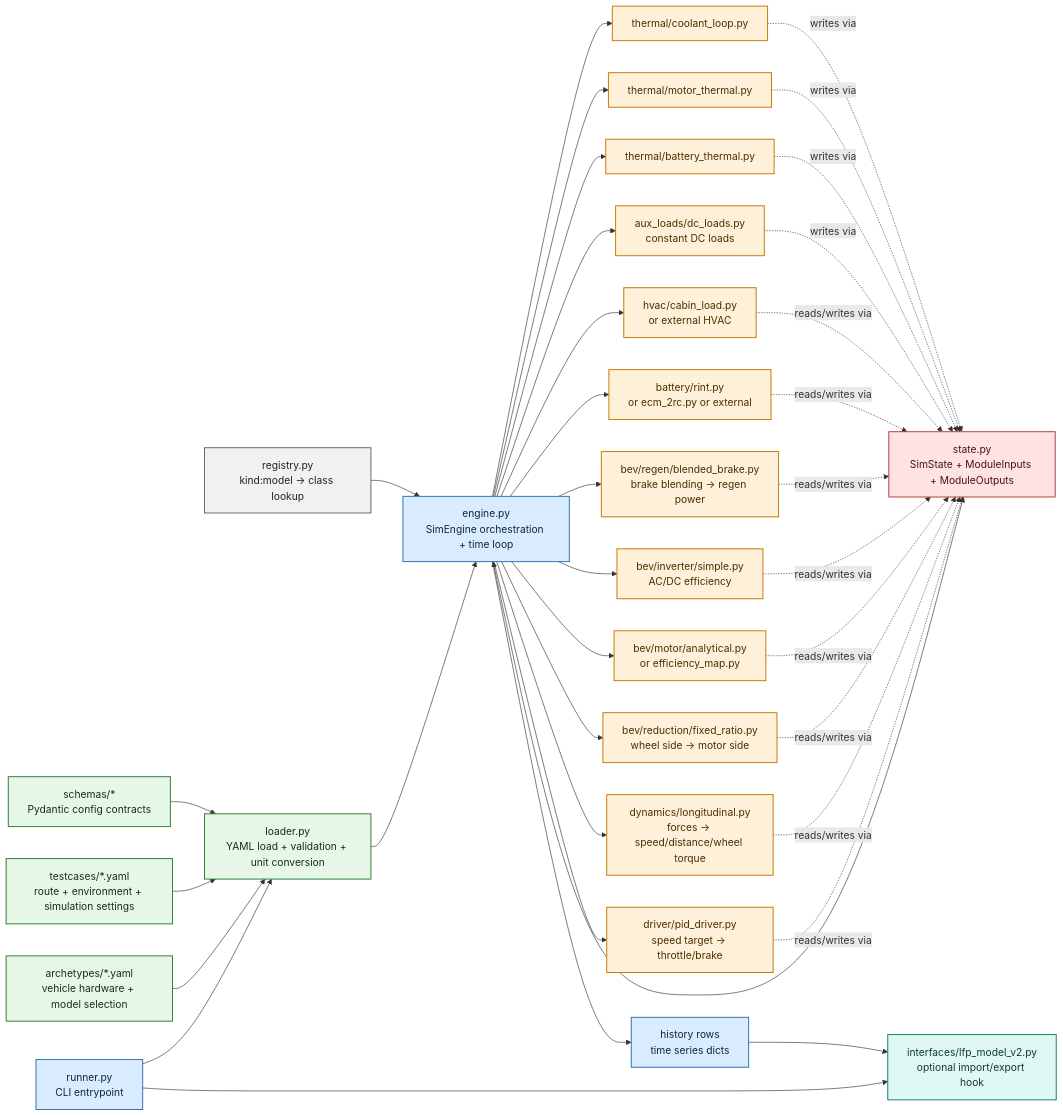
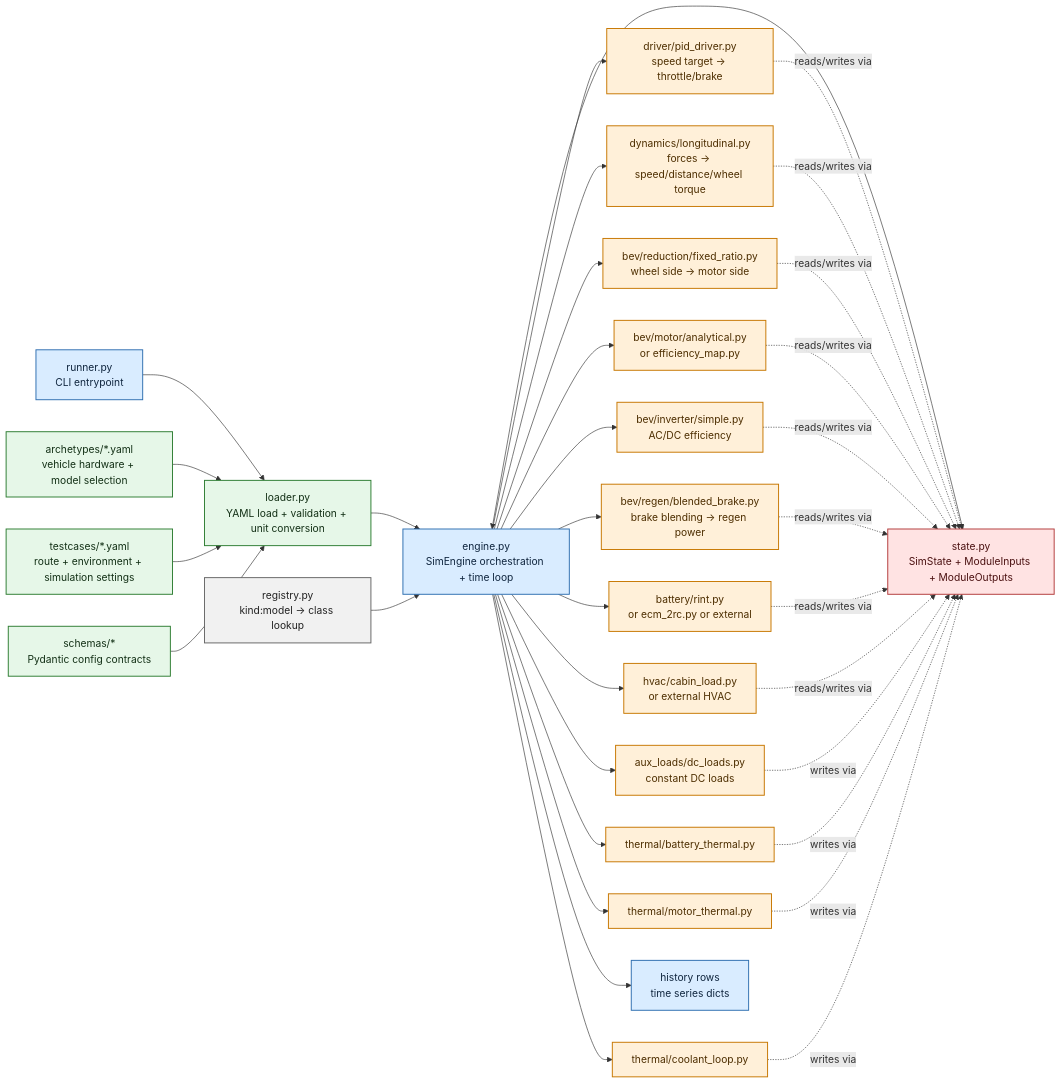
One commit to vehron-dev/vehron changed the first of 2 diagrams in docs/codebase_map.md. Above: the diagram before and after it, drawn with Mermaid. The commit also changed other lines of this file and 36 other files, not shown here.

````diff
--- a/docs/codebase_map.md
+++ b/docs/codebase_map.md
@@ -26,72 +26,67 @@
 ```mermaid
 flowchart LR
 
     CLI["runner.py<br/>CLI entrypoint"]:::entry
     Loader["loader.py<br/>YAML load + validation + unit conversion"]:::config
     VehicleYaml["archetypes/*.yaml<br/>vehicle hardware + model selection"]:::config
     TestcaseYaml["testcases/*.yaml<br/>route + environment + simulation settings"]:::config
     Schemas["schemas/*<br/>Pydantic config contracts"]:::config
     Registry["registry.py<br/>kind:model -> class lookup"]:::core
     Engine["engine.py<br/>SimEngine orchestration + time loop"]:::entry
     State["state.py<br/>SimState + ModuleInputs + ModuleOutputs"]:::state
-    LFP["interfaces/lfp_model_v2.py<br/>optional import/export hook"]:::ext
-
     Driver["driver/pid_driver.py<br/>speed target -> throttle/brake"]:::active
     Dyn["dynamics/longitudinal.py<br/>forces -> speed/distance/wheel torque"]:::active
     Reducer["bev/reduction/fixed_ratio.py<br/>wheel side -> motor side"]:::active
     Motor["bev/motor/analytical.py<br/>or efficiency_map.py"]:::active
     Inverter["bev/inverter/simple.py<br/>AC/DC efficiency"]:::active
     Regen["bev/regen/blended_brake.py<br/>brake blending -> regen power"]:::active
     Battery["battery/rint.py<br/>or ecm_2rc.py or external"]:::active
     HVAC["hvac/cabin_load.py<br/>or external HVAC"]:::active
     Aux["aux_loads/dc_loads.py<br/>constant DC loads"]:::active
     BattTherm["thermal/battery_thermal.py"]:::active
     MotorTherm["thermal/motor_thermal.py"]:::active
     Coolant["thermal/coolant_loop.py"]:::active
     History["history rows<br/>time series dicts"]:::entry
 
     CLI --> Loader
     VehicleYaml --> Loader
     TestcaseYaml --> Loader
     Schemas --> Loader
-    CLI --> LFP
     Loader --> Engine
     Registry --> Engine
     Engine <--> State
 
     Engine --> Driver
     Engine --> Dyn
     Engine --> Reducer
     Engine --> Motor
     Engine --> Inverter
     Engine --> Regen
     Engine --> Battery
     Engine --> HVAC
     Engine --> Aux
     Engine --> BattTherm
     Engine --> MotorTherm
     Engine --> Coolant
 
     Driver -. reads/writes via .-> State
     Dyn -. reads/writes via .-> State
     Reducer -. reads/writes via .-> State
     Motor -. reads/writes via .-> State
     Inverter -. reads/writes via .-> State
     Regen -. reads/writes via .-> State
     Battery -. reads/writes via .-> State
     HVAC -. reads/writes via .-> State
     Aux -. writes via .-> State
     BattTherm -. writes via .-> State
     MotorTherm -. writes via .-> State
     Coolant -. writes via .-> State
 
     Engine --> History
-    History --> LFP
-
     classDef entry fill:#d9ecff,stroke:#2f6fb0,color:#10263f,stroke-width:1.5px;
     classDef config fill:#e6f7e8,stroke:#2e7d32,color:#133016,stroke-width:1.5px;
     classDef active fill:#fff0d9,stroke:#c77700,color:#4d2e00,stroke-width:1.5px;
     classDef state fill:#ffe3e3,stroke:#b23b3b,color:#4b1111,stroke-width:1.5px;
     classDef ext fill:#dff8f4,stroke:#147a6c,color:#0f3a34,stroke-width:1.5px;
     classDef core fill:#f1f1f1,stroke:#666,color:#222,stroke-width:1.5px;
 ```
````
